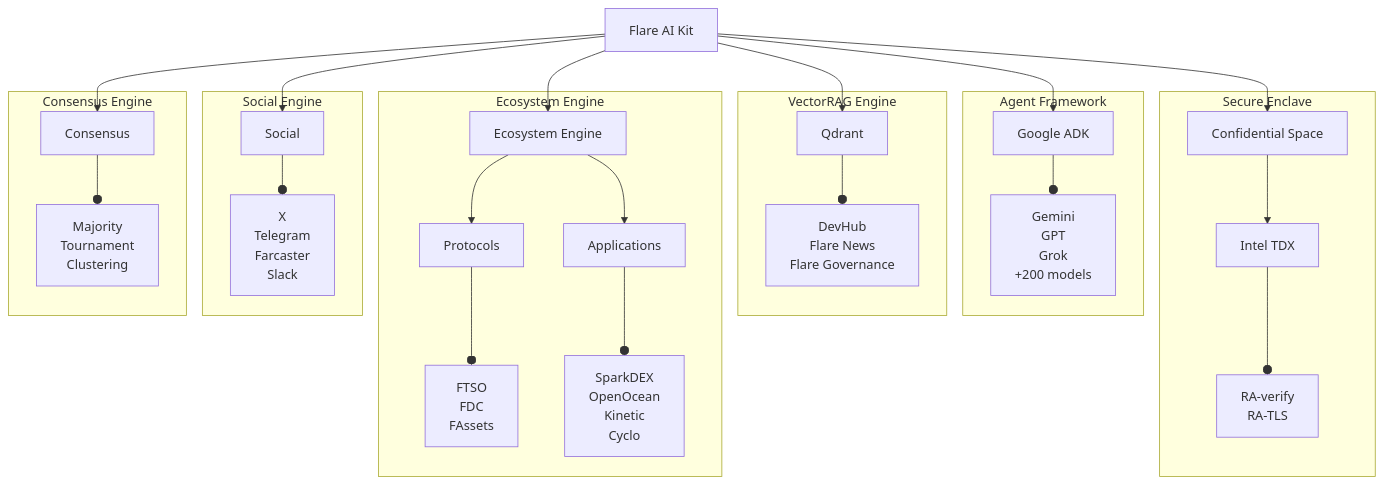
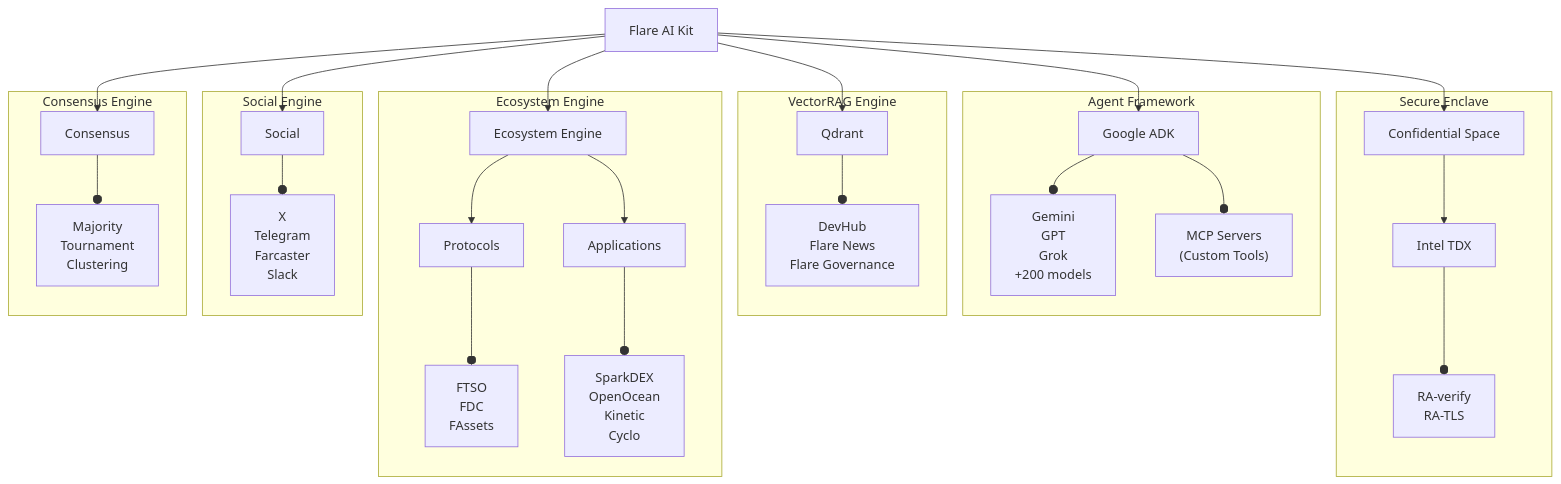
Before and after one commit to flare-foundation/flare-ai-kit: the diagram in README.md, drawn with Mermaid. The commit also changed other lines of this file and 1 other file, not shown here.

Commit message:
feat(mcp): add and update MCP server integration docs

````diff
--- a/README.md
+++ b/README.md
@@ -24,52 +24,53 @@
 ```mermaid
 flowchart TD
     A["Flare AI Kit"]
 
     %% Agent Framework subgraph
     subgraph AgentFramework["Agent Framework"]
         B["Google ADK"]
         B --o LLM["Gemini<br>GPT<br>Grok<br>+200 models"]
+        B --o MCP["MCP Servers<br>(Custom Tools)"]
     end
 
     %% VectorRAG Engine subgraph
     subgraph VectorRAG["VectorRAG Engine"]
         C["Qdrant"]
         C --o SOURCE[DevHub<br>Flare News<br>Flare Governance]
     end
 
     %% Secure Enclave subgraph
     subgraph SecureEnclave["Secure Enclave"]
         E["Confidential Space"]
         E --> HW[Intel TDX]
         HW --o RA[RA-verify<br>RA-TLS]
     end
 
     %% Ecosystem Engine subgraph
     subgraph EcosystemEngine["Ecosystem Engine"]
         F[Ecosystem Engine]
         F --> PR[Protocols]
         PR --o PROTOS["FTSO<br>FDC<br>FAssets"]
         F --> AP[Applications]
         AP --o APPS[SparkDEX<br>OpenOcean<br>Kinetic<br>Cyclo]
     end
 
     %% Social Engine subgraph
     subgraph SocialEngine["Social Engine"]
         G["Social"]
         G --o SOC["X<br>Telegram<br>Farcaster<br>Slack"]
     end
 
     %% Consensus Engine subgraph
     subgraph ConsensusEngine["Consensus Engine"]
         H["Consensus"]
         H --o ALGOS[Majority<br>Tournament<br>Clustering]
     end
 
     %% Connections to Flare AI Kit central node
     A --> B
     A --> C
     A --> E
     A --> F
     A --> G
     A --> H
 ```
````
